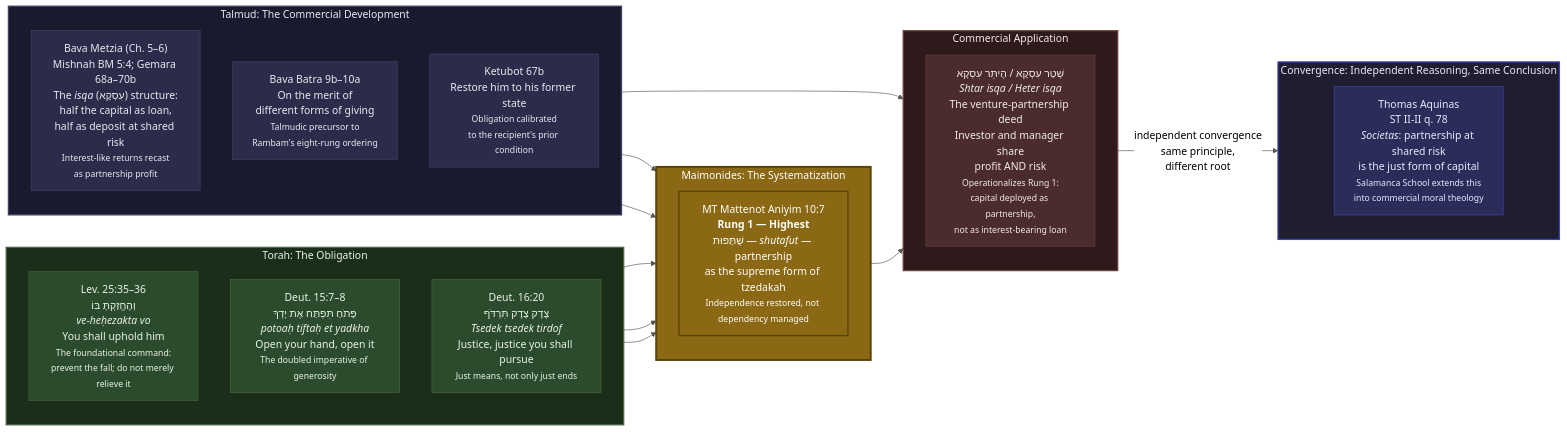
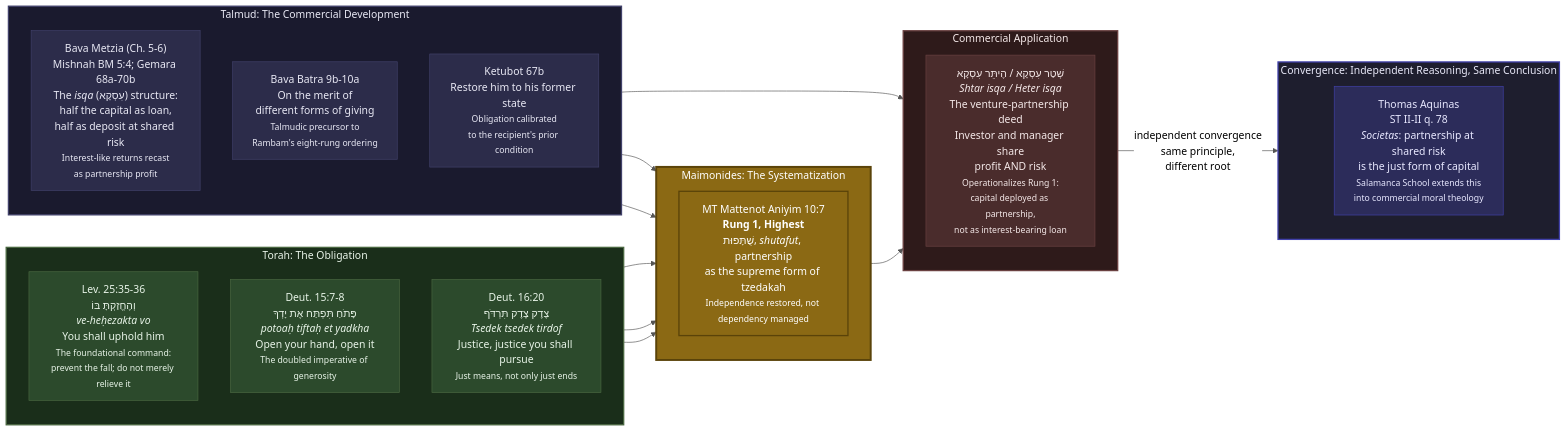
Before and after one commit to Oranburg/LEP: the second of 2 diagrams in _proposals/jewish-lineage-proposal.md, drawn with Mermaid. The commit also changed other lines of this file and 8 other files, not shown here.

````diff
--- a/_proposals/jewish-lineage-proposal.md
+++ b/_proposals/jewish-lineage-proposal.md
@@ -117,57 +117,57 @@
 ```mermaid
 %%{init: {'theme': 'neutral', 'themeVariables': {'primaryColor': '#f8f4ee', 'primaryBorderColor': '#4a6741', 'primaryTextColor': '#1a1a1a', 'lineColor': '#555', 'secondaryColor': '#e8f0e8'}}}%%
 graph LR
 
     subgraph TORAH ["Torah: The Obligation"]
         direction TB
-        LEV["Lev. 25:35–36<br/>וְהֶחֱזַקְתָּ בּוֹ<br/><i>ve-heḥezakta vo</i><br/>You shall uphold him<br/><small>The foundational command:<br/>prevent the fall; do not merely relieve it</small>"]
-        DEUT1["Deut. 15:7–8<br/>פָּתֹחַ תִּפְתַּח אֶת יָדְךָ<br/><i>potoaḥ tiftaḥ et yadkha</i><br/>Open your hand, open it<br/><small>The doubled imperative of generosity</small>"]
+        LEV["Lev. 25:35-36<br/>וְהֶחֱזַקְתָּ בּוֹ<br/><i>ve-heḥezakta vo</i><br/>You shall uphold him<br/><small>The foundational command:<br/>prevent the fall; do not merely relieve it</small>"]
+        DEUT1["Deut. 15:7-8<br/>פָּתֹחַ תִּפְתַּח אֶת יָדְךָ<br/><i>potoaḥ tiftaḥ et yadkha</i><br/>Open your hand, open it<br/><small>The doubled imperative of generosity</small>"]
         DEUT2["Deut. 16:20<br/>צֶדֶק צֶדֶק תִּרְדֹּף<br/><i>Tsedek tsedek tirdof</i><br/>Justice, justice you shall pursue<br/><small>Just means, not only just ends</small>"]
     end
 
     subgraph TALMUD ["Talmud: The Commercial Development"]
         direction TB
-        BM["Bava Metzia (Ch. 5–6)<br/>Mishnah BM 5:4; Gemara 68a–70b<br/>The <i>isqa</i> (עִסְקָא) structure:<br/>half the capital as loan,<br/>half as deposit at shared risk<br/><small>Interest-like returns recast<br/>as partnership profit</small>"]
-        BB["Bava Batra 9b–10a<br/>On the merit of<br/>different forms of giving<br/><small>Talmudic precursor to<br/>Rambam's eight-rung ordering</small>"]
+        BM["Bava Metzia (Ch. 5-6)<br/>Mishnah BM 5:4; Gemara 68a-70b<br/>The <i>isqa</i> (עִסְקָא) structure:<br/>half the capital as loan,<br/>half as deposit at shared risk<br/><small>Interest-like returns recast<br/>as partnership profit</small>"]
+        BB["Bava Batra 9b-10a<br/>On the merit of<br/>different forms of giving<br/><small>Talmudic precursor to<br/>Rambam's eight-rung ordering</small>"]
         KET["Ketubot 67b<br/>Restore him to his former state<br/><small>Obligation calibrated<br/>to the recipient's prior condition</small>"]
     end
 
     subgraph RAMBAM ["Maimonides: The Systematization"]
         direction TB
-        RUNG1["MT Mattenot Aniyim 10:7<br/><b>Rung 1 — Highest</b><br/>שֻׁתָּפוּת — <i>shutafut</i> — partnership<br/>as the supreme form of tzedakah<br/><small>Independence restored, not dependency managed</small>"]
+        RUNG1["MT Mattenot Aniyim 10:7<br/><b>Rung 1, Highest</b><br/>שֻׁתָּפוּת, <i>shutafut</i>, partnership<br/>as the supreme form of tzedakah<br/><small>Independence restored, not dependency managed</small>"]
     end
 
     subgraph ISQA ["Commercial Application"]
         direction TB
         HETER["שְׁטַר עִסְקָא / הֶיתֵּר עִסְקָא<br/><i>Shtar isqa / Heter isqa</i><br/>The venture-partnership deed<br/>Investor and manager share<br/>profit AND risk<br/><small>Operationalizes Rung 1:<br/>capital deployed as partnership,<br/>not as interest-bearing loan</small>"]
     end
 
     subgraph CONVERGENCE ["Convergence: Independent Reasoning, Same Conclusion"]
         direction TB
         AQ["Thomas Aquinas<br/>ST II-II q. 78<br/><i>Societas</i>: partnership at shared risk<br/>is the just form of capital<br/><small>Salamanca School extends this<br/>into commercial moral theology</small>"]
     end
 
     LEV --> RUNG1
     DEUT1 --> RUNG1
     DEUT2 --> RUNG1
     BM --> HETER
     BB --> RUNG1
     KET --> RUNG1
     RUNG1 --> HETER
     HETER -->|"independent convergence<br/>same principle,<br/>different root"| AQ
 
     style TORAH fill:#1a2e1a,color:#e8f4e8,stroke:#4a6741,stroke-width:2px
     style TALMUD fill:#1a1a2e,color:#e8e8f4,stroke:#41416a,stroke-width:2px
     style RAMBAM fill:#8B6914,color:#ffffff,stroke:#5a4309,stroke-width:3px
     style ISQA fill:#2e1a1a,color:#f4e8e8,stroke:#6a4141,stroke-width:2px
     style CONVERGENCE fill:#1e1e2e,color:#e8e8f8,stroke:#4141aa,stroke-width:2px
     style LEV fill:#2c4a2c,color:#e8f4e8,stroke:#4a6741
     style DEUT1 fill:#2c4a2c,color:#e8f4e8,stroke:#4a6741
     style DEUT2 fill:#2c4a2c,color:#e8f4e8,stroke:#4a6741
     style BM fill:#2c2c4a,color:#e8e8f4,stroke:#41416a
     style BB fill:#2c2c4a,color:#e8e8f4,stroke:#41416a
     style KET fill:#2c2c4a,color:#e8e8f4,stroke:#41416a
     style RUNG1 fill:#8B6914,color:#ffffff,stroke:#5a4309,stroke-width:2px
     style HETER fill:#4a2c2c,color:#f4e8e8,stroke:#6a4141
     style AQ fill:#2c2c5a,color:#e8e8ff,stroke:#4141aa
 ```
````
